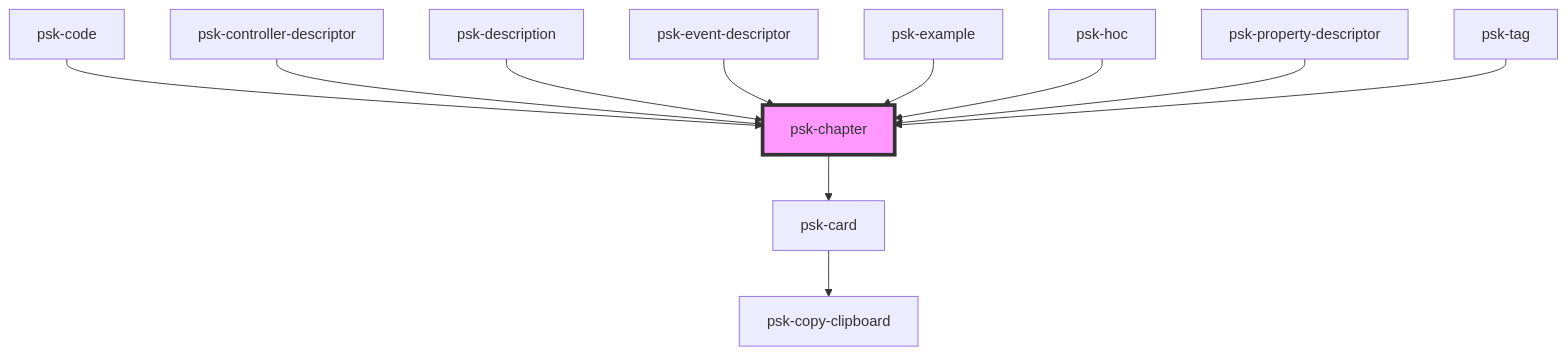
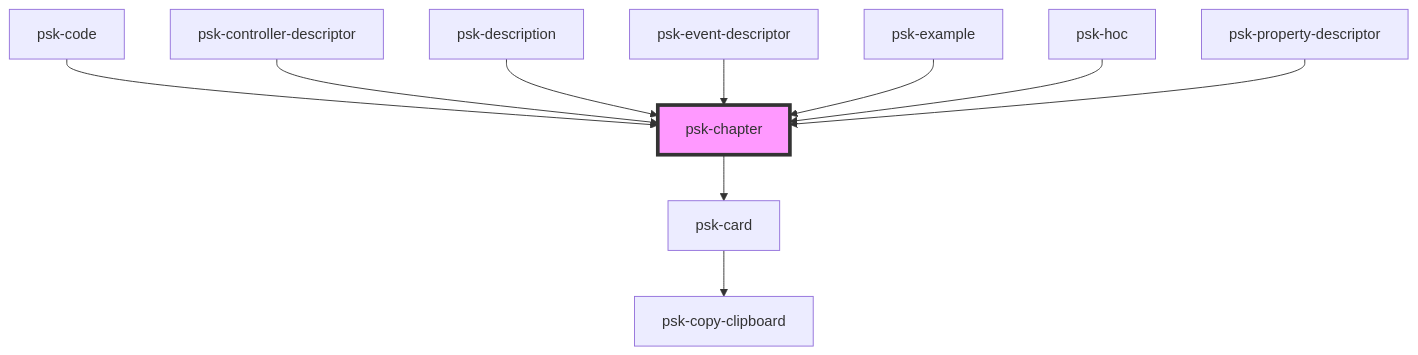
Before and after one commit to daniel-visoiu/cardinal: the diagram in src/components/psk-chapter/readme.md, drawn with Mermaid. The commit also changed other lines of this file and 2 other files, not shown here.

Commit message:
fixed small style loading bug

````diff
--- a/src/components/psk-chapter/readme.md
+++ b/src/components/psk-chapter/readme.md
@@ -41,14 +40,13 @@
 ```mermaid
 graph TD;
   psk-chapter --> psk-card
   psk-card --> psk-copy-clipboard
   psk-code --> psk-chapter
   psk-controller-descriptor --> psk-chapter
   psk-description --> psk-chapter
   psk-event-descriptor --> psk-chapter
   psk-example --> psk-chapter
   psk-hoc --> psk-chapter
   psk-property-descriptor --> psk-chapter
-  psk-tag --> psk-chapter
   style psk-chapter fill:#f9f,stroke:#333,stroke-width:4px
 ```
````
